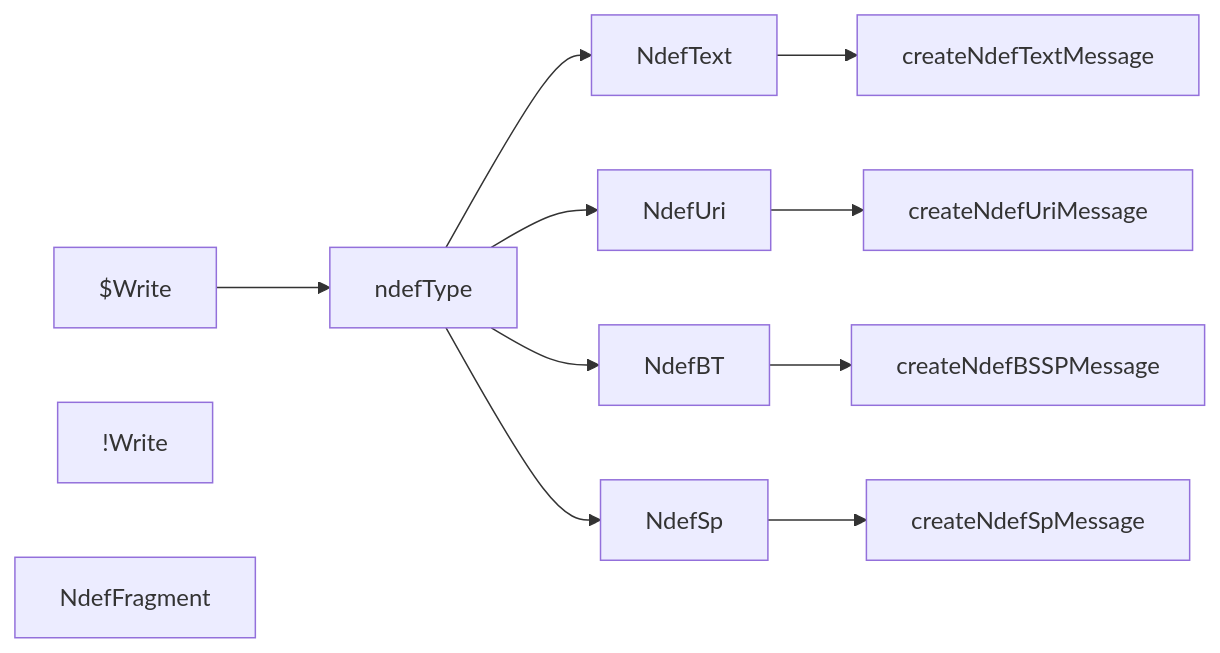
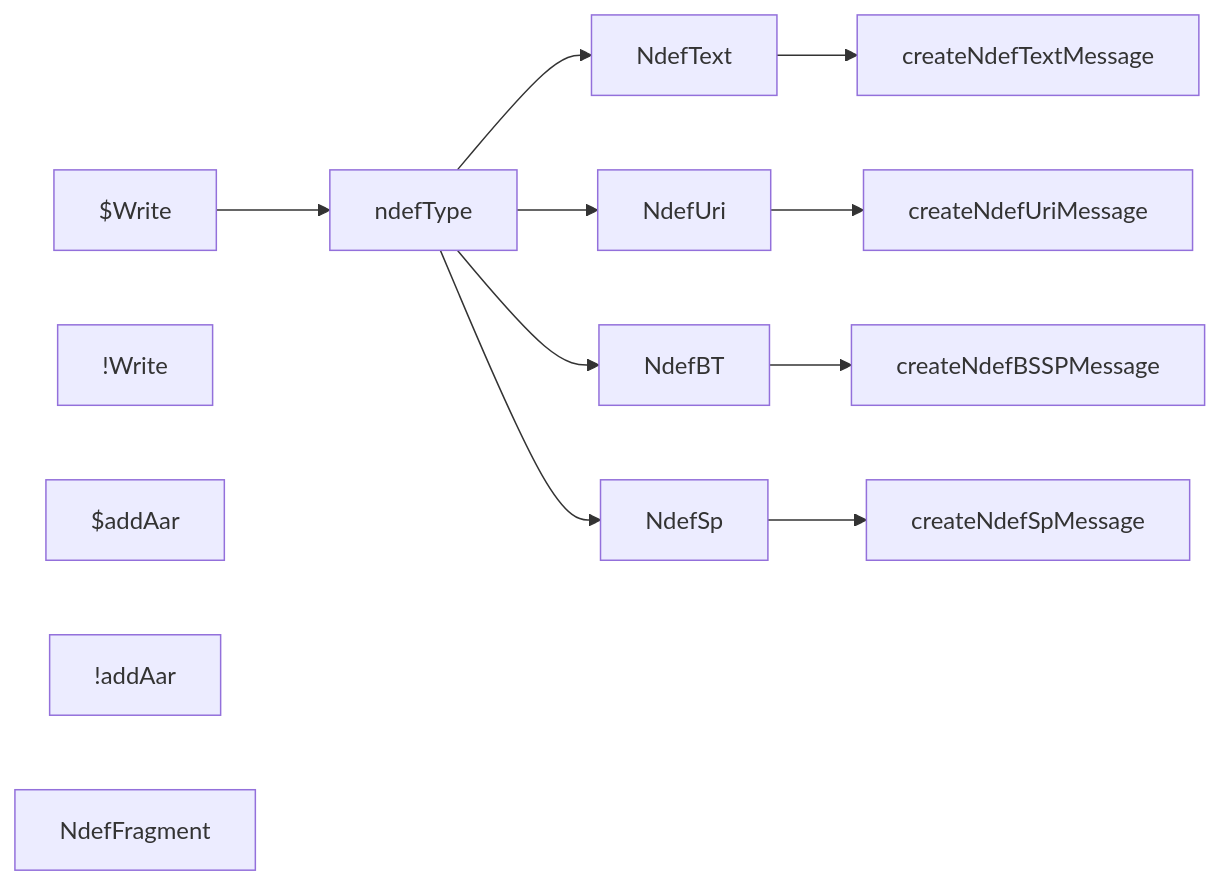
The diagram in nxp/Demo.md (gordianknotC/nxp_note), drawn with Mermaid before and after one commit. The commit also changed other lines of this file, not shown here.

Commit message:
nxp/Demo.md updated from https://stackedit.io/

````diff
--- a/nxp/Demo.md
+++ b/nxp/Demo.md
@@ -7,23 +7,25 @@
 ``` mermaid
 graph LR
 $Write
 !Write
+$addAar
+!addAar
 
 NdefFragment
 NdefText
 NdefUri
 NdefBT
 NdefSp
 ndefType
 
 $Write --> ndefType
 ndefType --> NdefText
 ndefType --> NdefUri
 ndefType --> NdefBT
 ndefType --> NdefSp
 NdefText --> createNdefTextMessage
 NdefUri --> createNdefUriMessage
 NdefBT --> createNdefBSSPMessage
 NdefSp --> createNdefSpMessage
 
 ```
````
